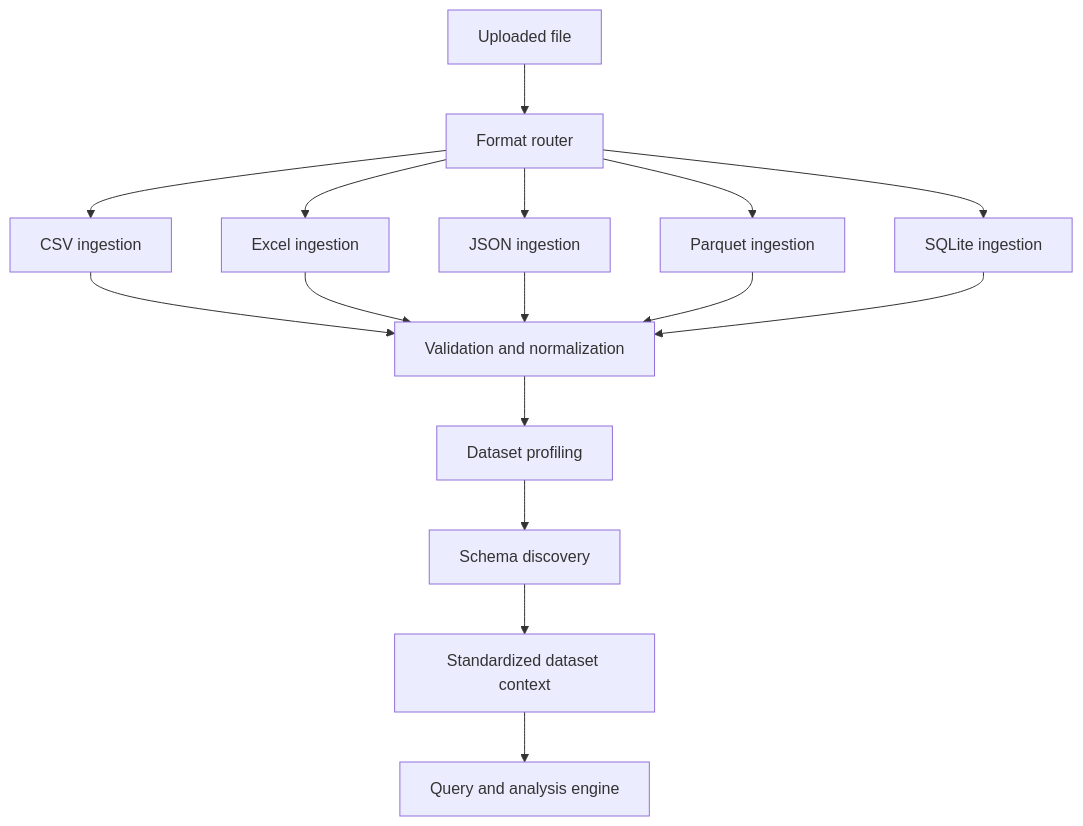
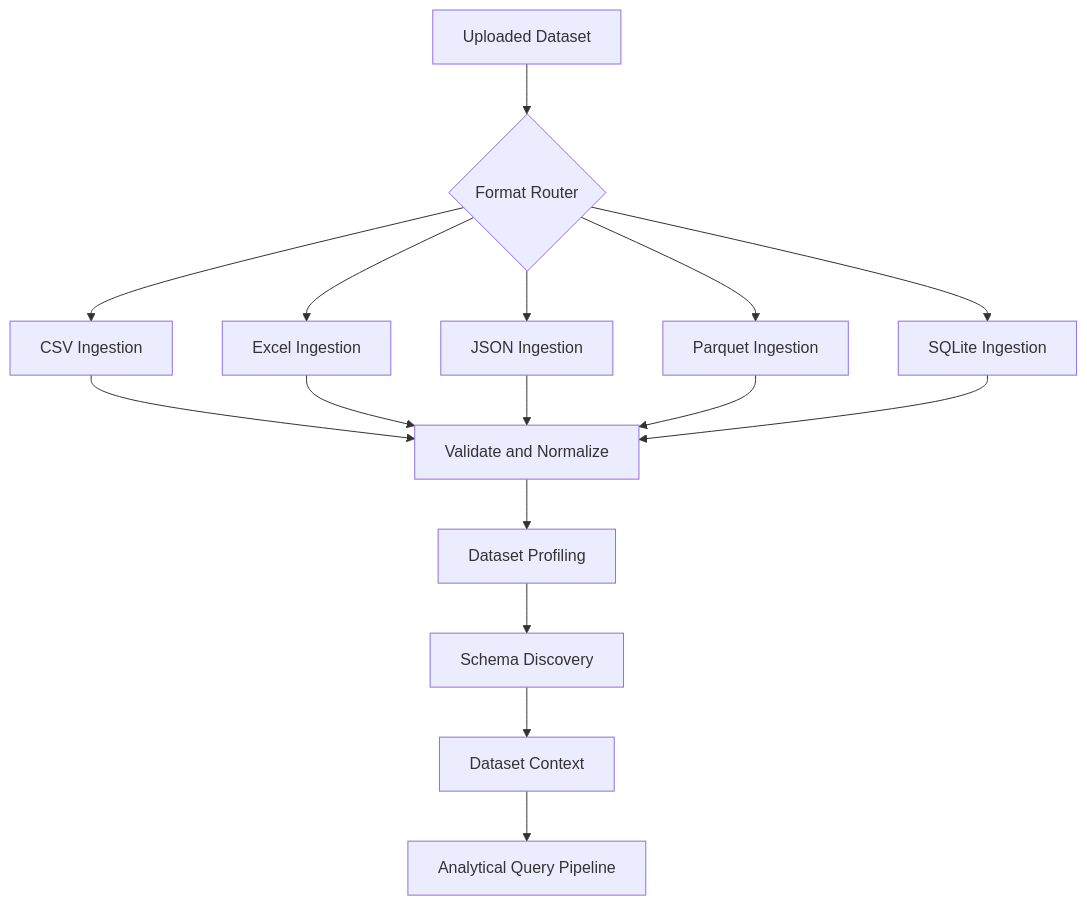
One commit to shreyajoshi144/querysure changed the second of 7 diagrams in README.md. Above: the diagram before and after it, drawn with Mermaid. The commit also changed other lines of this file, not shown here.

````diff
--- a/README.md
+++ b/README.md
@@ -98,21 +87,23 @@
 ```mermaid
 flowchart TD
-    A[Uploaded file] --> B[Format router]
 
-    B --> C1[CSV ingestion]
-    B --> C2[Excel ingestion]
-    B --> C3[JSON ingestion]
-    B --> C4[Parquet ingestion]
-    B --> C5[SQLite ingestion]
+    A[Uploaded Dataset]
+        --> B{Format Router}
 
-    C1 --> D[Validation and normalization]
+    B --> C1[CSV Ingestion]
+    B --> C2[Excel Ingestion]
+    B --> C3[JSON Ingestion]
+    B --> C4[Parquet Ingestion]
+    B --> C5[SQLite Ingestion]
+
+    C1 --> D[Validate and Normalize]
     C2 --> D
     C3 --> D
     C4 --> D
     C5 --> D
 
-    D --> E[Dataset profiling]
-    E --> F[Schema discovery]
-    F --> G[Standardized dataset context]
-    G --> H[Query and analysis engine]
+    D --> E[Dataset Profiling]
+    E --> F[Schema Discovery]
+    F --> G[Dataset Context]
+    G --> H[Analytical Query Pipeline]
 ```
````
